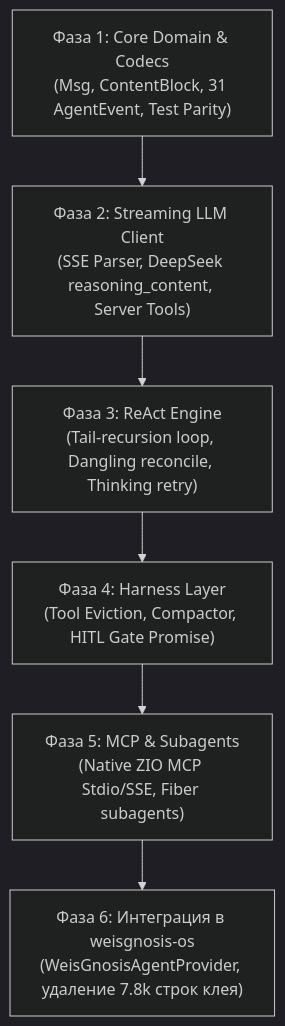
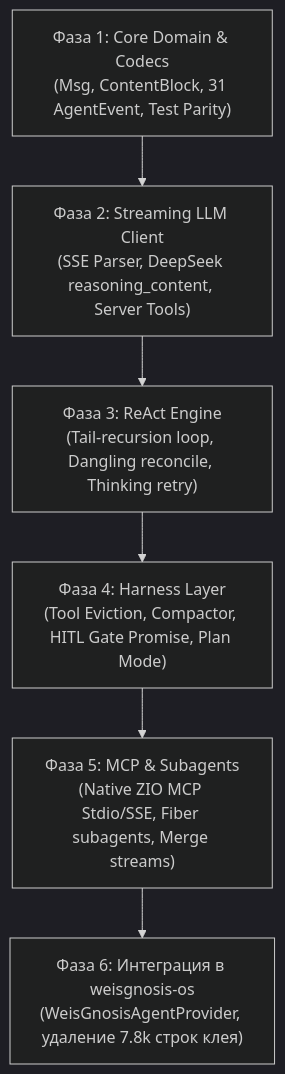
The diagram in docs/deep-research-and-porting-guide.md (weisgnosis/weisgnosis-agents), drawn with Mermaid (dark theme) before and after one commit. The commit also changed other lines of this file, not shown here.

````diff
--- a/docs/deep-research-and-porting-guide.md
+++ b/docs/deep-research-and-porting-guide.md
@@ -112,11 +206,11 @@
 ```mermaid
 graph TD
     P1["Фаза 1: Core Domain & Codecs<br/>(Msg, ContentBlock, 31 AgentEvent, Test Parity)"]
     P2["Фаза 2: Streaming LLM Client<br/>(SSE Parser, DeepSeek reasoning_content, Server Tools)"]
     P3["Фаза 3: ReAct Engine<br/>(Tail-recursion loop, Dangling reconcile, Thinking retry)"]
-    P4["Фаза 4: Harness Layer<br/>(Tool Eviction, Compactor, HITL Gate Promise)"]
-    P5["Фаза 5: MCP & Subagents<br/>(Native ZIO MCP Stdio/SSE, Fiber subagents)"]
+    P4["Фаза 4: Harness Layer<br/>(Tool Eviction, Compactor, HITL Gate Promise, Plan Mode)"]
+    P5["Фаза 5: MCP & Subagents<br/>(Native ZIO MCP Stdio/SSE, Fiber subagents, Merge streams)"]
     P6["Фаза 6: Интеграция в weisgnosis-os<br/>(WeisGnosisAgentProvider, удаление 7.8k строк клея)"]
 
     P1 --> P2 --> P3 --> P4 --> P5 --> P6
 ```
````
